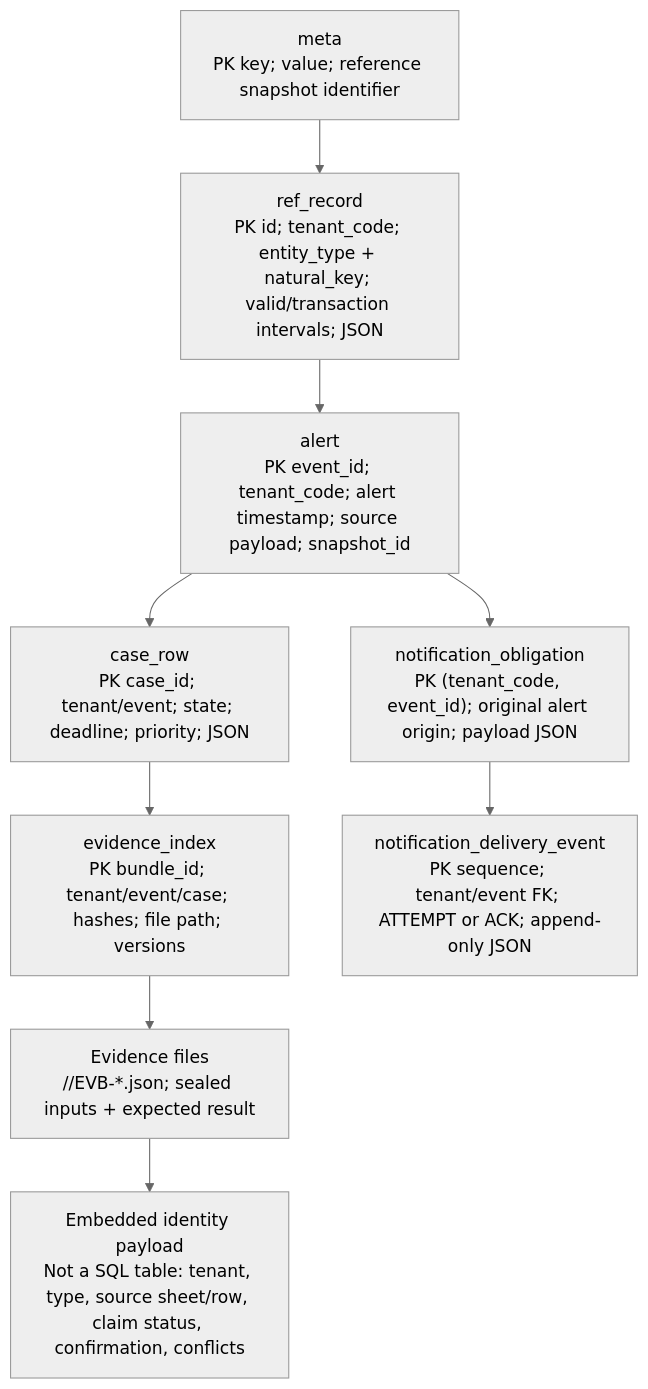
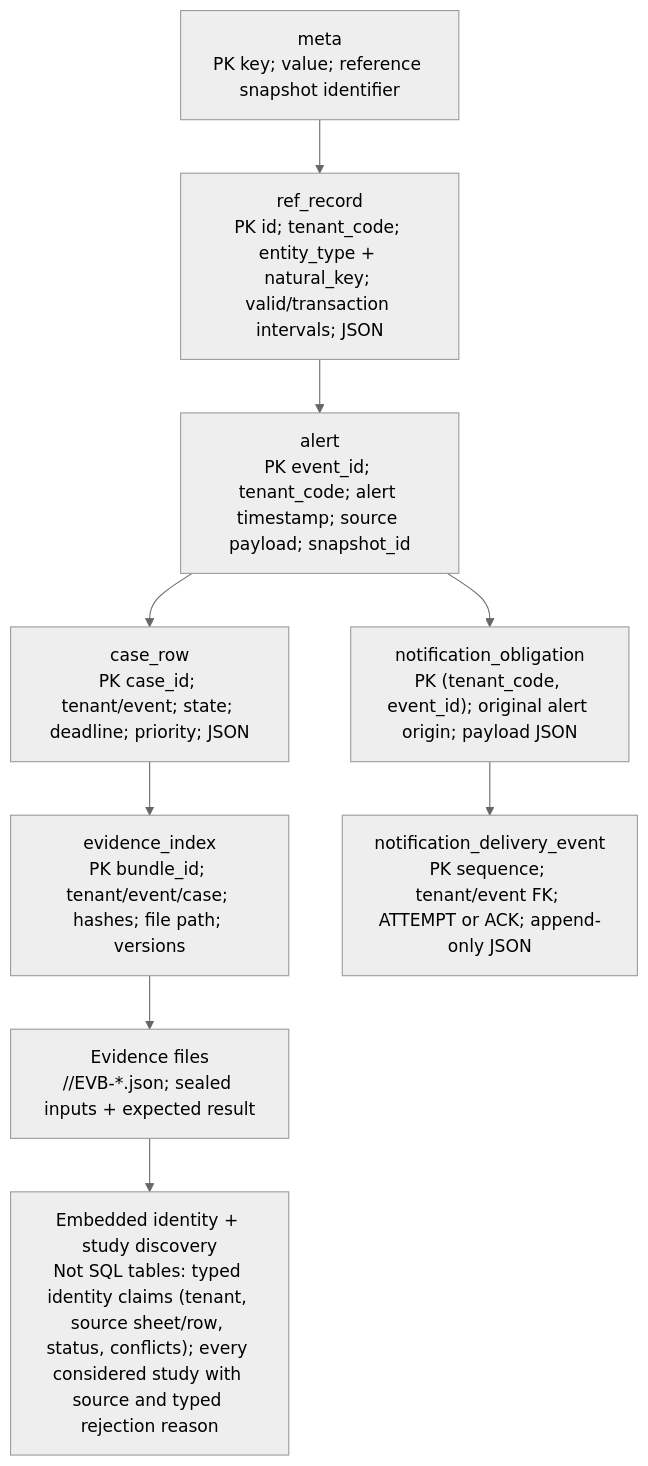
One commit to Zulfiqar7862/kestrel-adjudication-case-study changed the diagram in docs/diagrams/data-model.mmd. Above: the diagram before and after it, drawn with Mermaid (neutral theme). The commit also changed 7 other files, not shown here.

```diff
--- a/docs/diagrams/data-model.mmd
+++ b/docs/diagrams/data-model.mmd
@@ -1,18 +1,18 @@
 flowchart TB
     Ref["ref_record<br/>PK id; tenant_code; entity_type + natural_key; valid/transaction intervals; JSON"]
     Alert["alert<br/>PK event_id; tenant_code; alert timestamp; source payload; snapshot_id"]
     Meta["meta<br/>PK key; value; reference snapshot identifier"]
     Case["case_row<br/>PK case_id; tenant/event; state; deadline; priority; JSON"]
     Evidence["evidence_index<br/>PK bundle_id; tenant/event/case; hashes; file path; versions"]
     Files["Evidence files<br/><root>/<tenant>/EVB-*.json; sealed inputs + expected result"]
     Obligation["notification_obligation<br/>PK (tenant_code, event_id); original alert origin; payload JSON"]
     Delivery["notification_delivery_event<br/>PK sequence; tenant/event FK; ATTEMPT or ACK; append-only JSON"]
-    Identity["Embedded identity payload<br/>Not a SQL table: tenant, type, source sheet/row, claim status, confirmation, conflicts"]
+    Identity["Embedded identity + study discovery<br/>Not SQL tables: typed identity claims (tenant, source sheet/row, status, conflicts); every considered study with source and typed rejection reason"]
     Meta --> Ref
     Ref --> Alert
     Alert --> Case
     Alert --> Obligation
     Case --> Evidence
     Evidence --> Files
     Obligation --> Delivery
     Files --> Identity
```
